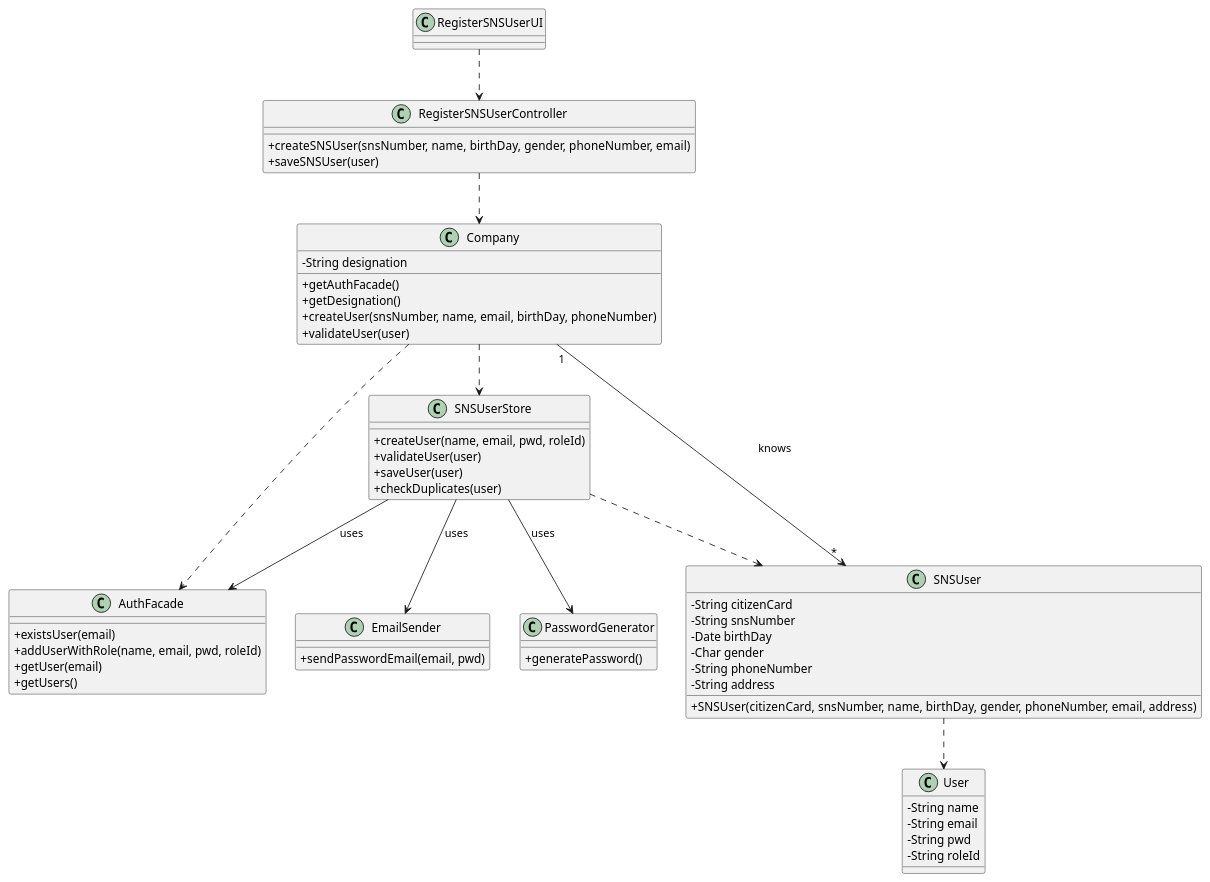
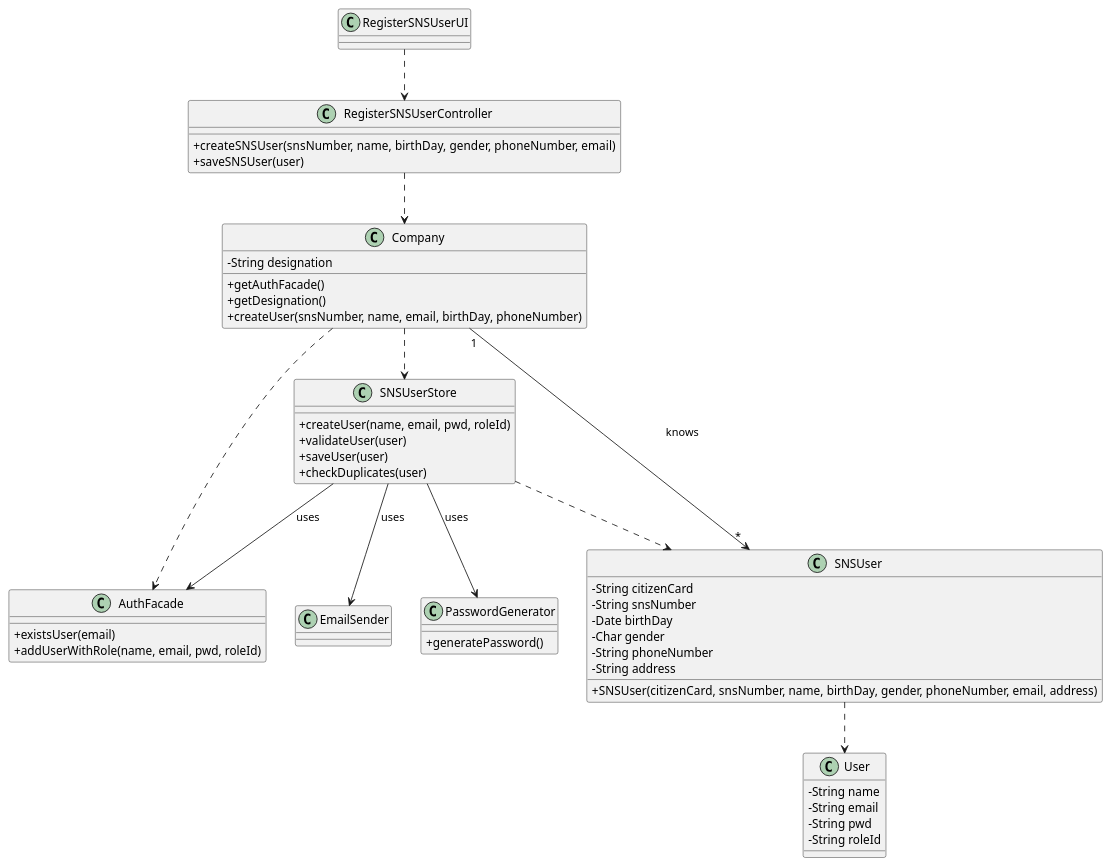
The diagram in docs/SprintC/US03/CD/US03_CD.puml (miseEnPlace-i/lapr2), drawn with PlantUML before and after one commit. The commit also changed 5 other files, not shown here.

```diff
--- a/docs/SprintC/US03/CD/US03_CD.puml
+++ b/docs/SprintC/US03/CD/US03_CD.puml
@@ -1,75 +1,70 @@
-@startuml Class Diagram
+@startuml US03_CD
 skinparam classAttributeIconSize 0
 
 class AuthFacade {
   + existsUser(email)
   + addUserWithRole(name, email, pwd, roleId)
-  + getUser(email)
-  + getUsers()
 }
 
 class Company {
   - String designation
   + getAuthFacade()
   + getDesignation()
   + createUser(snsNumber, name, email, birthDay, phoneNumber)
-  + validateUser(user)
 }
 
 class RegisterSNSUserController {
   + createSNSUser(snsNumber, name, birthDay, gender, phoneNumber, email)
   + saveSNSUser(user)
 }
 
 class RegisterSNSUserUI { }
 
 class SNSUser {
   - String citizenCard
   - String snsNumber
   - Date birthDay
   - Char gender
   - String phoneNumber
   - String address
   + SNSUser(citizenCard, snsNumber, name, birthDay, gender, phoneNumber, email, address)
 }
 
 class User {
   - String name
   - String email
   - String pwd
   - String roleId
 }
 
 class SNSUserStore {
   + createUser(name, email, pwd, roleId)
   + validateUser(user)
   + saveUser(user)
   + checkDuplicates(user)
 }
 
 class PasswordGenerator {
   + generatePassword()
 }
 
-class EmailSender {
-  + sendPasswordEmail(email, pwd)
-}
+class EmailSender {}
 
 
 Company ..> SNSUserStore
 Company ..> AuthFacade
 Company "1" --> "*" SNSUser : knows
 
 RegisterSNSUserController ..> Company
 
 RegisterSNSUserUI ..> RegisterSNSUserController
 
 ' SNSUser --|> User
 SNSUser ..> User
 
 SNSUserStore --> AuthFacade : uses
-SNSUserStore --> PasswordGenerator : uses 
+SNSUserStore --> PasswordGenerator : uses
 SNSUserStore --> EmailSender : uses
 SNSUserStore ..> SNSUser
 
 @enduml
```
